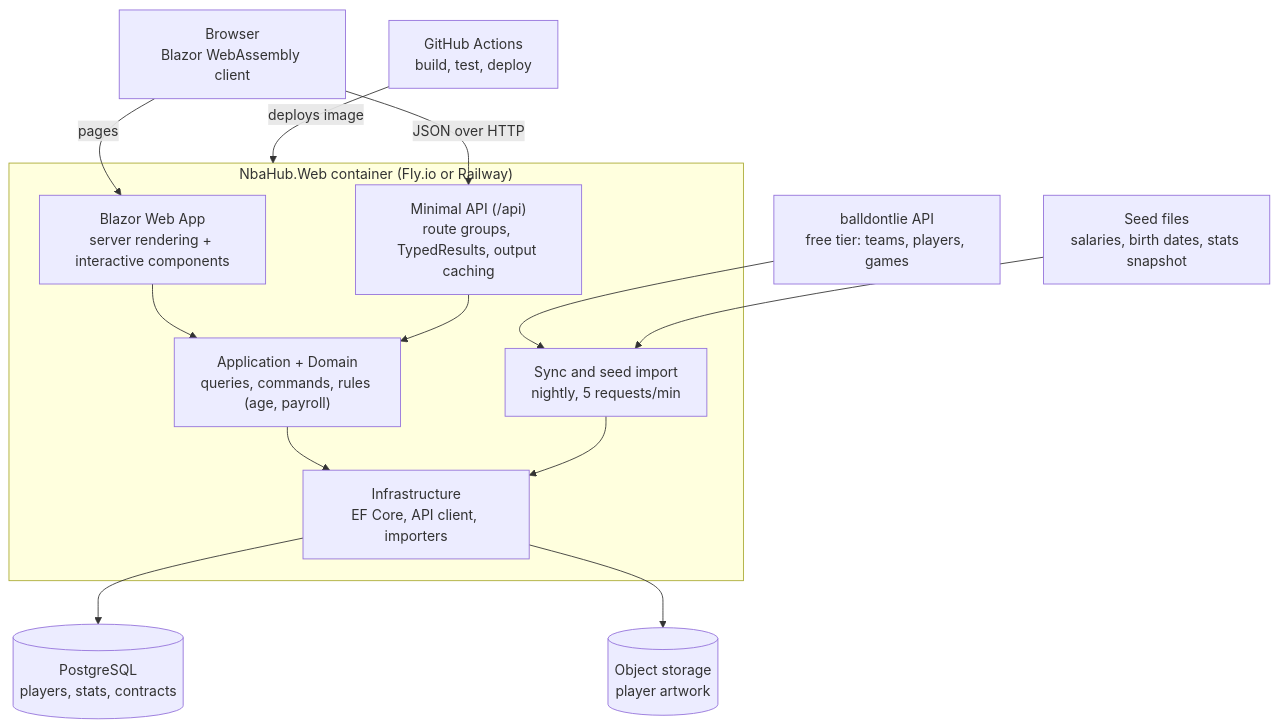
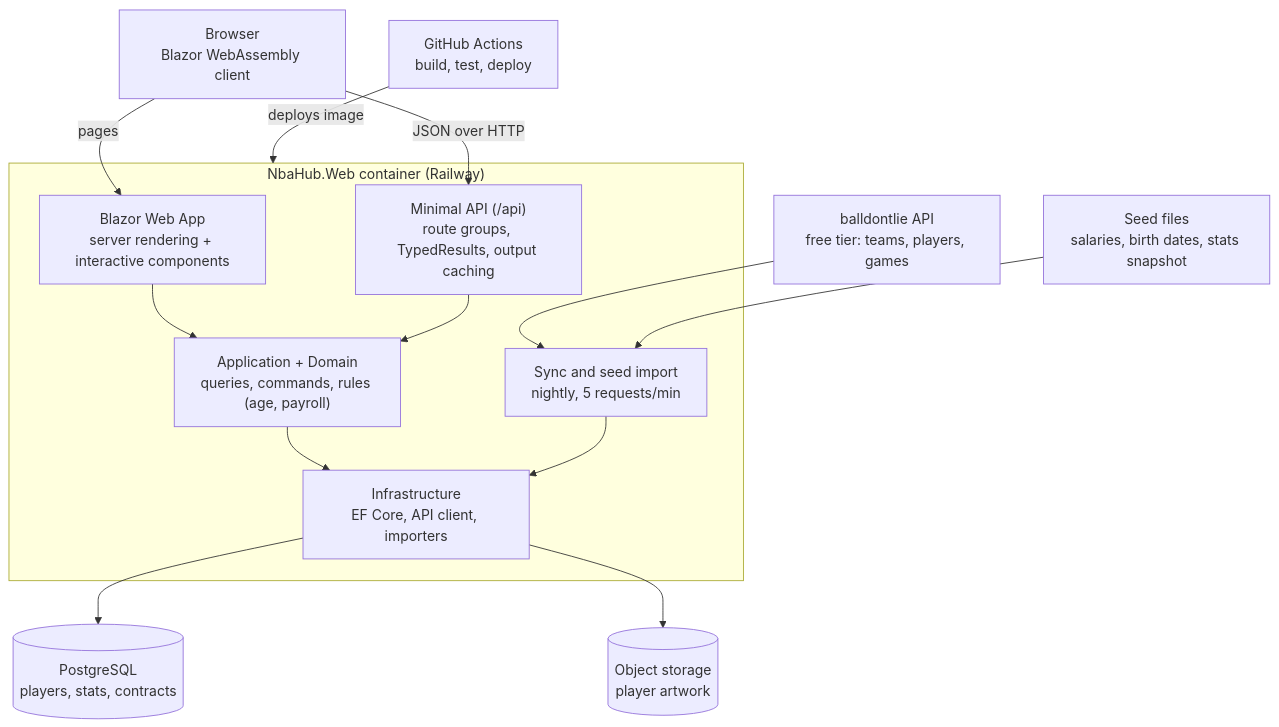
The diagram in docs/technical-design.md (rimkahan888/nba-player-hub), drawn with Mermaid before and after one commit. The commit also changed other lines of this file and 9 other files, not shown here.

````diff
--- a/docs/technical-design.md
+++ b/docs/technical-design.md
@@ -11,30 +11,30 @@
 ```mermaid
 flowchart TB
     Browser["Browser<br/>Blazor WebAssembly client"]
     GHA["GitHub Actions<br/>build, test, deploy"]
 
-    subgraph Container["NbaHub.Web container (Fly.io or Railway)"]
+    subgraph Container["NbaHub.Web container (Railway)"]
         Blazor["Blazor Web App<br/>server rendering + interactive components"]
         Api["Minimal API (/api)<br/>route groups, TypedResults, output caching"]
         App["Application + Domain<br/>queries, commands, rules (age, payroll)"]
         Infra["Infrastructure<br/>EF Core, API client, importers"]
         Sync["Sync and seed import<br/>nightly, 5 requests/min"]
     end
 
     Bdl["balldontlie API<br/>free tier: teams, players, games"]
     Seed["Seed files<br/>salaries, birth dates, stats snapshot"]
     Pg[("PostgreSQL<br/>players, stats, contracts")]
     Store[("Object storage<br/>player artwork")]
 
     Browser -- pages --> Blazor
     Browser -- JSON over HTTP --> Api
     GHA -- deploys image --> Container
     Blazor --> App
     Api --> App
     App --> Infra
     Sync --> Infra
     Bdl --> Sync
     Seed --> Sync
     Infra --> Pg
     Infra --> Store
 ```
````
